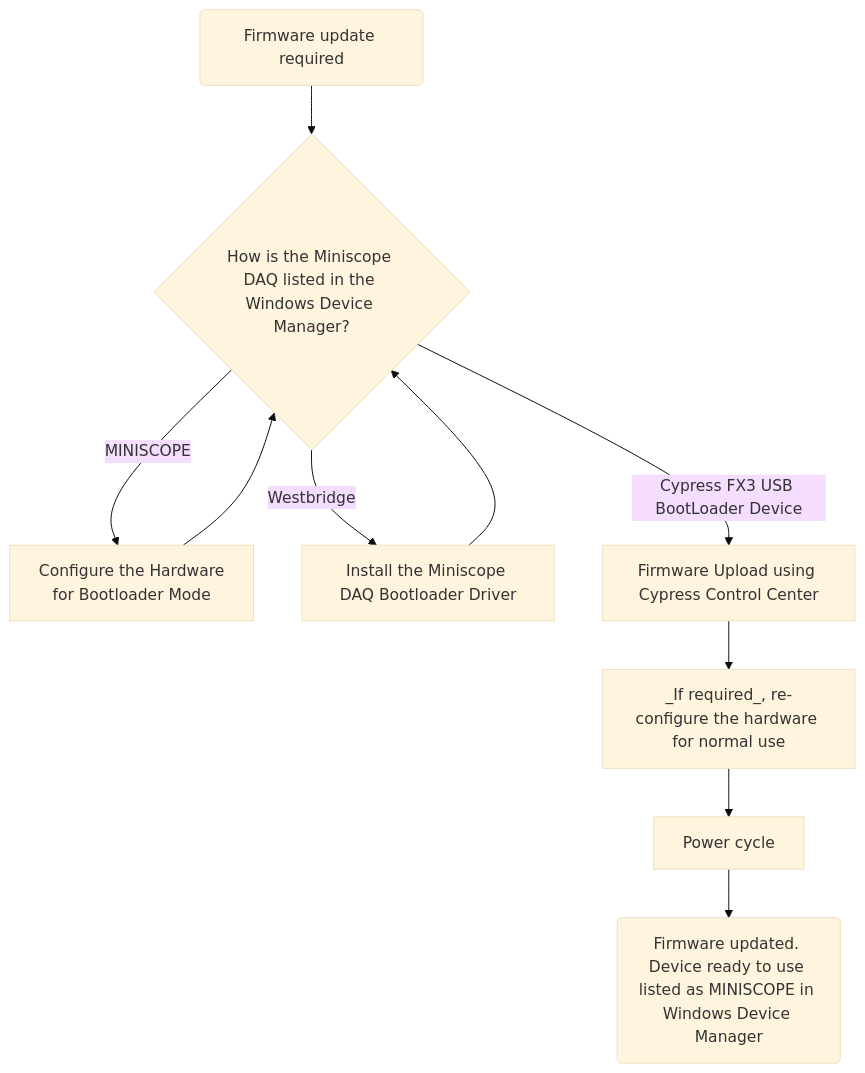
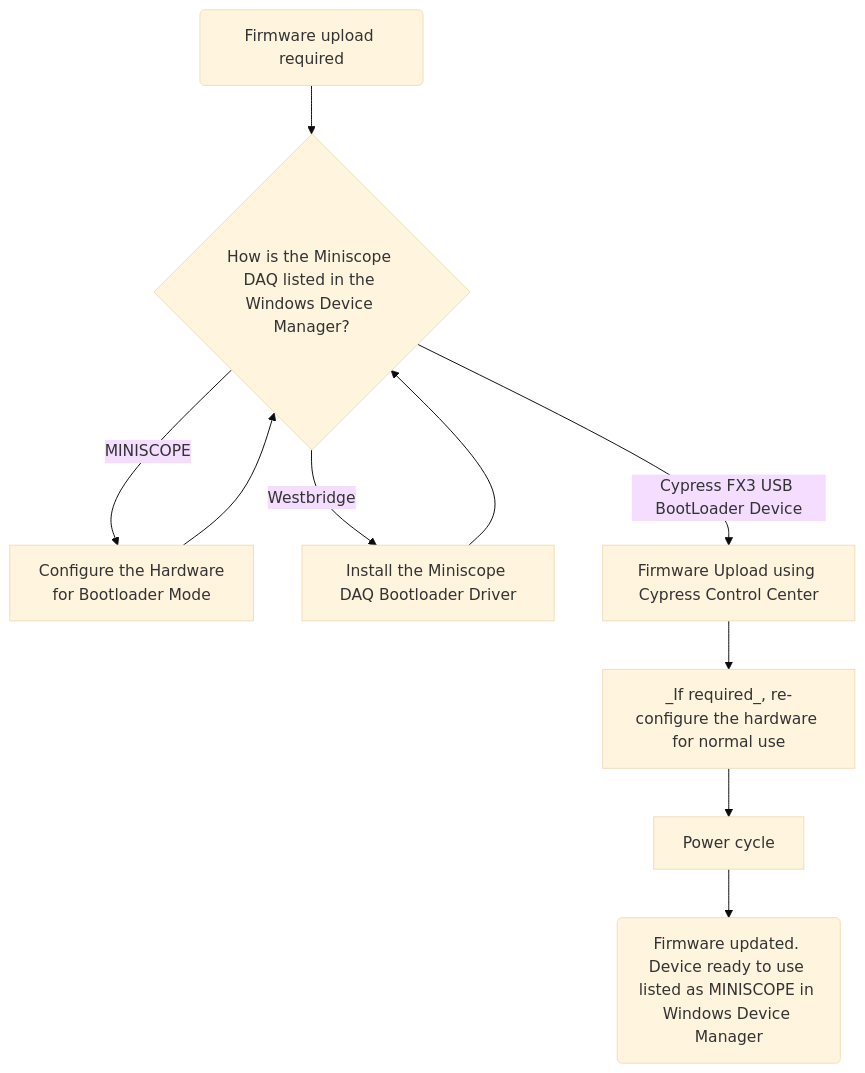
One commit to open-ephys/miniscope-docs changed the diagram in source/Hardware-Guide/miniscope-daq/firmware-update.rst. Above: the diagram before and after it, drawn with Mermaid (base theme). The commit also changed other lines of this file and 25 other files, not shown here.

```diff
--- a/source/Hardware-Guide/miniscope-daq/firmware-update.rst
+++ b/source/Hardware-Guide/miniscope-daq/firmware-update.rst
@@ -24,15 +24,15 @@
 .. mermaid::
 
    flowchart
-               A("Firmware update required")
+               A("Firmware upload required")
                A -->C
                C{"How is the Miniscope DAQ listed in the Windows Device Manager?"}
                C -->|"MINISCOPE"| D["`Configure the Hardware
                for Bootloader Mode`"]
                D --> C
                C -->|"Westbridge"| E["Install the Miniscope DAQ Bootloader Driver"]
                C -->|"Cypress FX3 USB BootLoader Device"| F["Firmware Upload using Cypress Control Center"]
                E --> C
                F --> H["_If required_, re-configure the hardware for normal use"]
                H --> I["Power cycle"]
                I --> J("Firmware updated. Device ready to use listed as MINISCOPE in Windows Device Manager")
```
